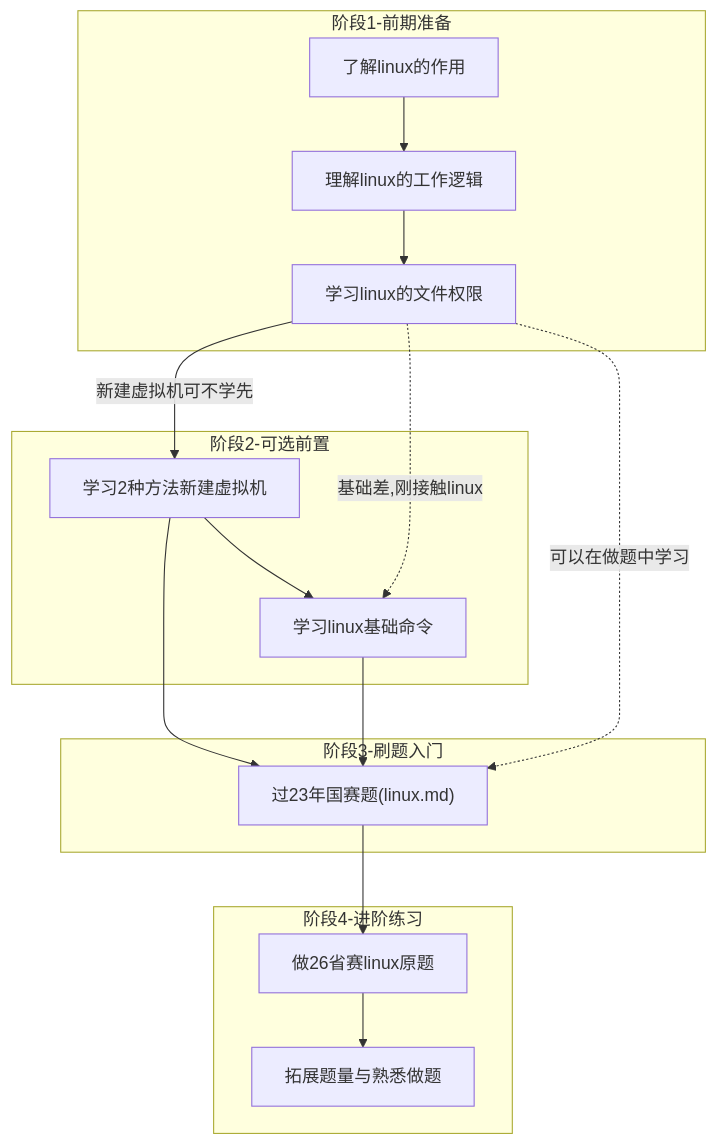
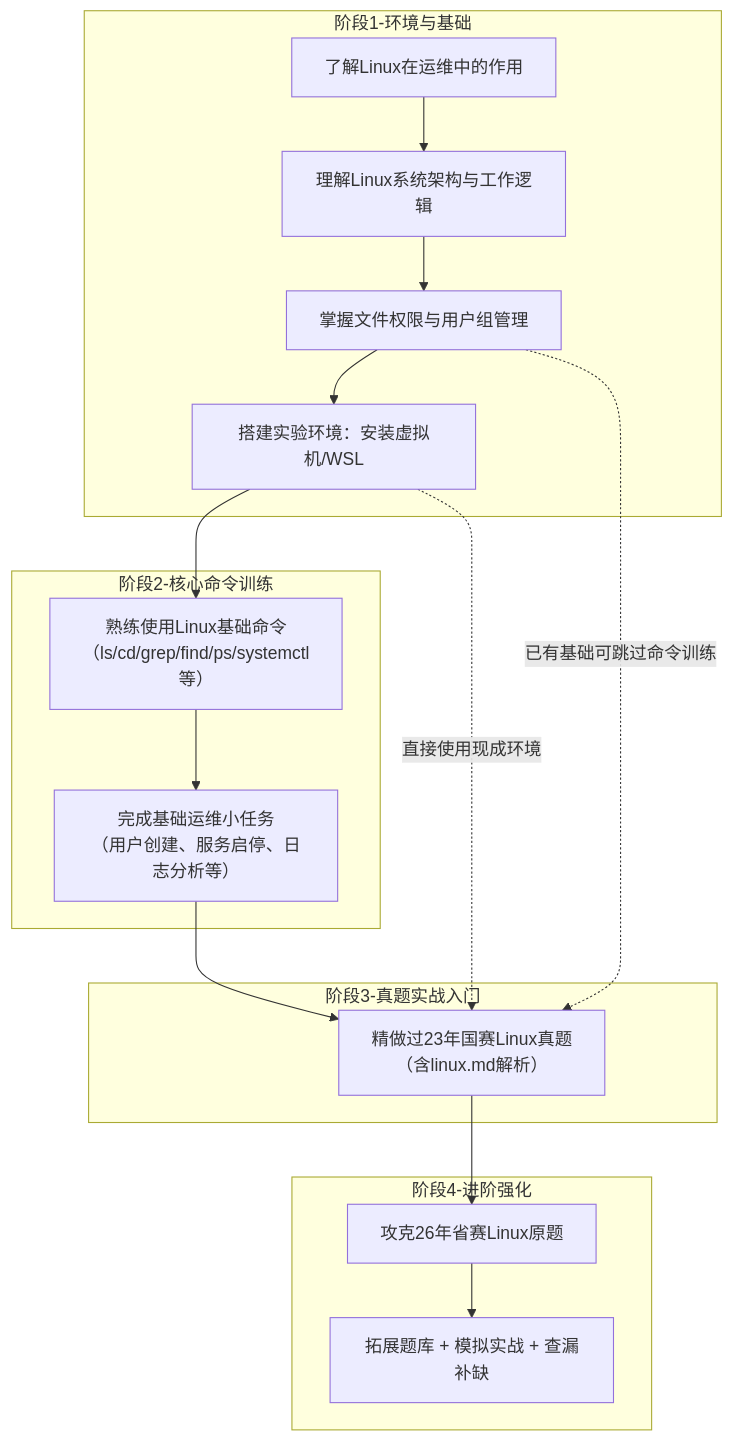
Before and after one commit to ICrazybabyI/note: the diagram in linux_note/README_linux.md, drawn with Mermaid.

Commit message:
vault backup: 2026-04-28 09:50:18

````diff
--- a/linux_note/README_linux.md
+++ b/linux_note/README_linux.md
@@ -2,24 +2,24 @@
 ```mermaid
 graph TB
-    subgraph 阶段1-前期准备
-        A["了解linux的作用"] --> B["理解linux的工作逻辑"]
-        B --> C["学习linux的文件权限"]
+    subgraph 阶段1-环境与基础
+        A["了解Linux在运维中的作用"] --> B["理解Linux系统架构与工作逻辑"]
+        B --> C["掌握文件权限与用户组管理"]
+        C --> Env["搭建实验环境：安装虚拟机/WSL"]
     end
 
-    subgraph 阶段2-可选前置
-        C -->|新建虚拟机可不学先| D["学习2种方法新建虚拟机"] 
-        C -.->|基础差,刚接触linux| E["学习linux基础命令"]
+    subgraph 阶段2-核心命令训练
+        Env --> E["熟练使用Linux基础命令<br/>（ls/cd/grep/find/ps/systemctl等）"]
+        E --> P["完成基础运维小任务<br/>（用户创建、服务启停、日志分析等）"]
     end
 
-    subgraph 阶段3-刷题入门
-        E --> F["过23年国赛题(linux.md)"]
-        C -.->|可以在做题中学习| F
-        D --> F
-        D --> E
+    subgraph 阶段3-真题实战入门
+        P --> F["精做过23年国赛Linux真题<br/>（含linux.md解析）"]
+        C -.->|已有基础可跳过命令训练| F
+        Env -.->|直接使用现成环境| F
     end
 
-    subgraph 阶段4-进阶练习
-        F --> G["做26省赛linux原题"]
-        G --> H["拓展题量与熟悉做题"]
+    subgraph 阶段4-进阶强化
+        F --> G["攻克26年省赛Linux原题"]
+        G --> H["拓展题库 + 模拟实战 + 查漏补缺"]
     end
 ```
````
